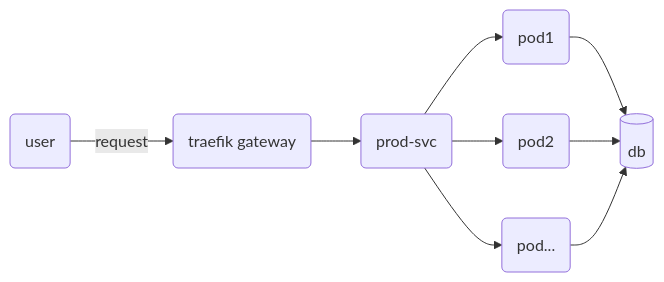
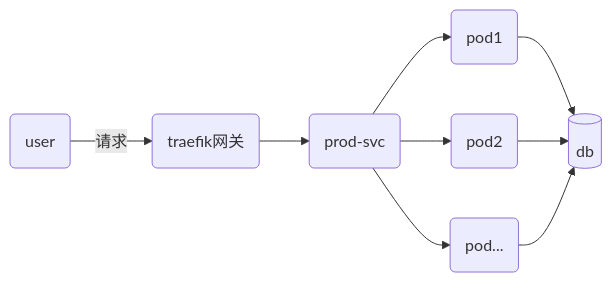
The first of 2 diagrams in content/post/traefik/traefik-gray-system.md (qxsugar/qxsugar.github.io), drawn with Mermaid before and after one commit. The commit also changed other lines of this file and 4 other files, not shown here.

```diff
--- a/content/post/traefik/traefik-gray-system.md
+++ b/content/post/traefik/traefik-gray-system.md
@@ -35,16 +35,16 @@
 {{< mermaid >}}
 flowchart LR;
 user(user)
-traefik(traefik gateway)
+traefik(traefik网关)
 svc(prod-svc)
 pod1(pod1)
 pod2(pod2)
 podX(pod...)
 db[(db)]
 
-    user--request-->traefik-->svc
+    user--请求-->traefik-->svc
     svc-->pod1-->db
     svc-->pod2-->db
     svc-->podX-->db
 
 {{< /mermaid >}}
```
